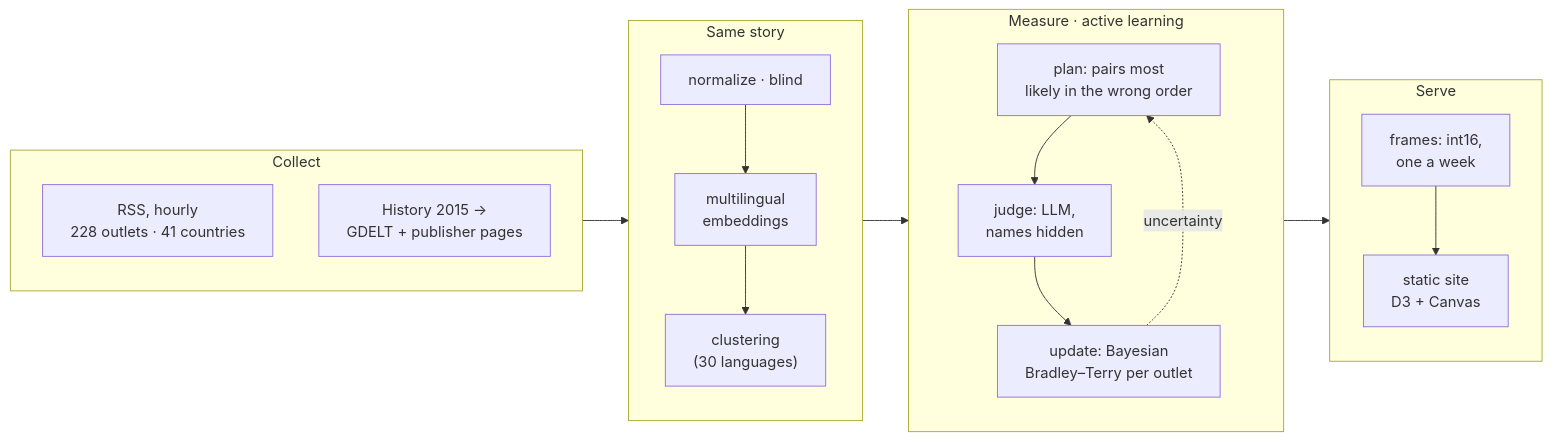
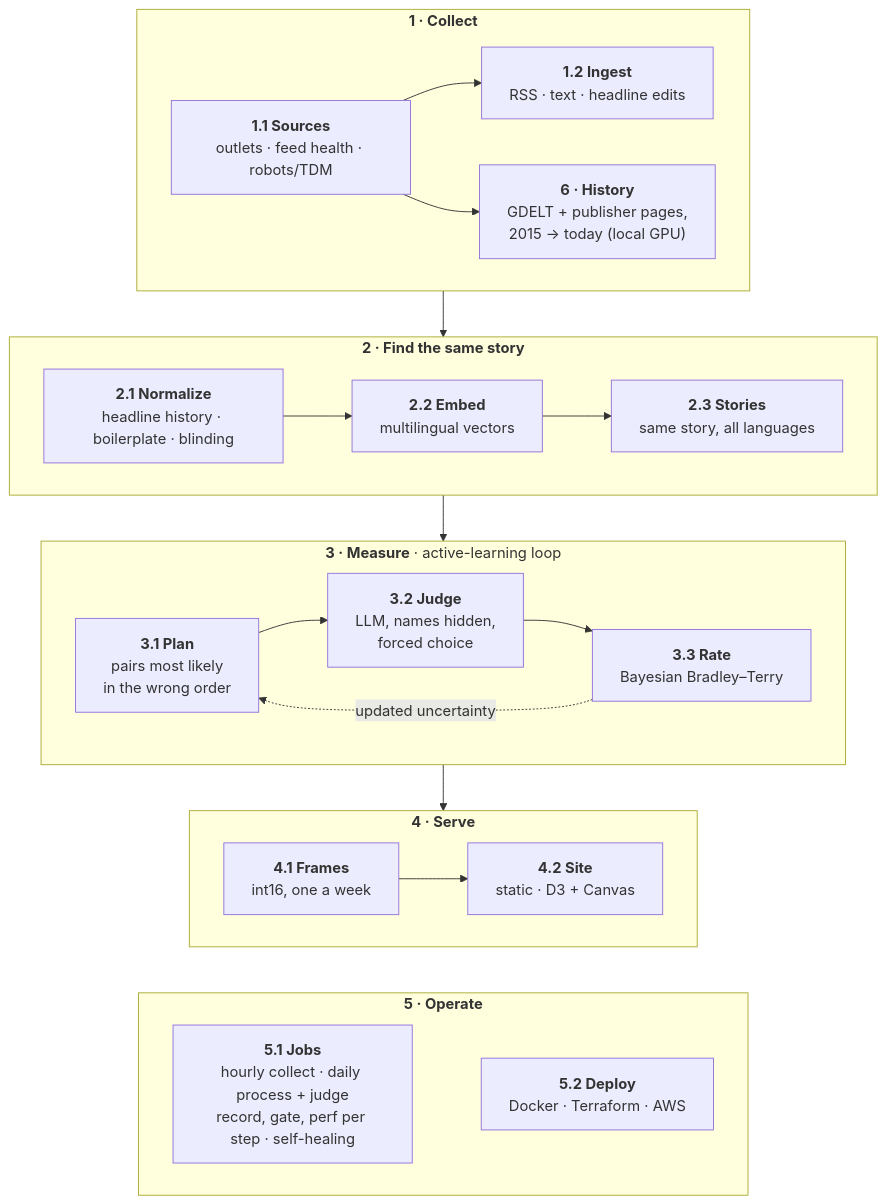
The first of 2 diagrams in README.md (axelsolhall/BasedNews), drawn with Mermaid before and after one commit. The commit also changed other lines of this file and 2 other files, not shown here.

Commit message:
README: overview and results first, then the whole story with details per section

````diff
--- a/README.md
+++ b/README.md
@@ -50,22 +84,27 @@
 ```mermaid
-flowchart LR
-  subgraph C["Collect"]
-    direction TB
-    c1["RSS, hourly<br/>228 outlets · 41 countries"]
-    c2["History 2015 →<br/>GDELT + publisher pages"]
+flowchart TB
+  subgraph S1["<b>1 · Collect</b>"]
+    direction LR
+    s11["<b>1.1 Sources</b><br/>outlets · feed health · robots/TDM"] --> s12["<b>1.2 Ingest</b><br/>RSS · text · headline edits"]
+    s11 --> s13["<b>6 · History</b><br/>GDELT + publisher pages,<br/>2015 → today (local GPU)"]
   end
-  subgraph U["Same story"]
-    direction TB
-    u1["normalize · blind"] --> u2["multilingual<br/>embeddings"] --> u3["clustering<br/>(30 languages)"]
+  subgraph S2["<b>2 · Find the same story</b>"]
+    direction LR
+    s21["<b>2.1 Normalize</b><br/>headline history · boilerplate · blinding"] --> s22["<b>2.2 Embed</b><br/>multilingual vectors"] --> s23["<b>2.3 Stories</b><br/>same story, all languages"]
   end
-  subgraph M["Measure · active learning"]
-    direction TB
-    m1["plan: pairs most<br/>likely in the wrong order"] --> m2["judge: LLM,<br/>names hidden"] --> m3["update: Bayesian<br/>Bradley–Terry per outlet"]
-    m3 -. uncertainty .-> m1
+  subgraph S3["<b>3 · Measure</b> · active-learning loop"]
+    direction LR
+    s31["<b>3.1 Plan</b><br/>pairs most likely<br/>in the wrong order"] --> s32["<b>3.2 Judge</b><br/>LLM, names hidden,<br/>forced choice"] --> s33["<b>3.3 Rate</b><br/>Bayesian Bradley–Terry"]
+    s33 -. updated uncertainty .-> s31
   end
-  subgraph S["Serve"]
-    direction TB
-    s1["frames: int16,<br/>one a week"] --> s2["static site<br/>D3 + Canvas"]
+  subgraph S4["<b>4 · Serve</b>"]
+    direction LR
+    s41["<b>4.1 Frames</b><br/>int16, one a week"] --> s42["<b>4.2 Site</b><br/>static · D3 + Canvas"]
   end
-  C --> U --> M --> S
+  subgraph S5["<b>5 · Operate</b>"]
+    direction LR
+    s51["<b>5.1 Jobs</b><br/>hourly collect · daily process + judge<br/>record, gate, perf per step · self-healing"] ~~~ s52["<b>5.2 Deploy</b><br/>Docker · Terraform · AWS"]
+  end
+  S1 --> S2 --> S3 --> S4
+  S4 ~~~ S5
 ```
````
